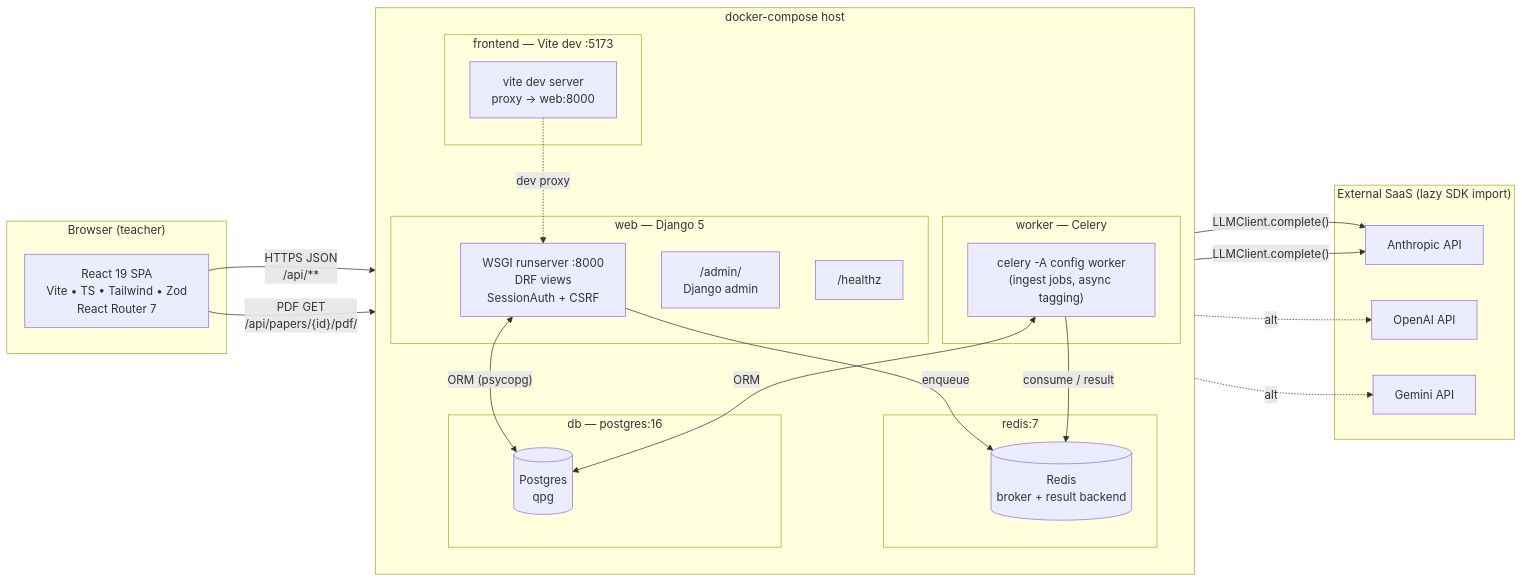
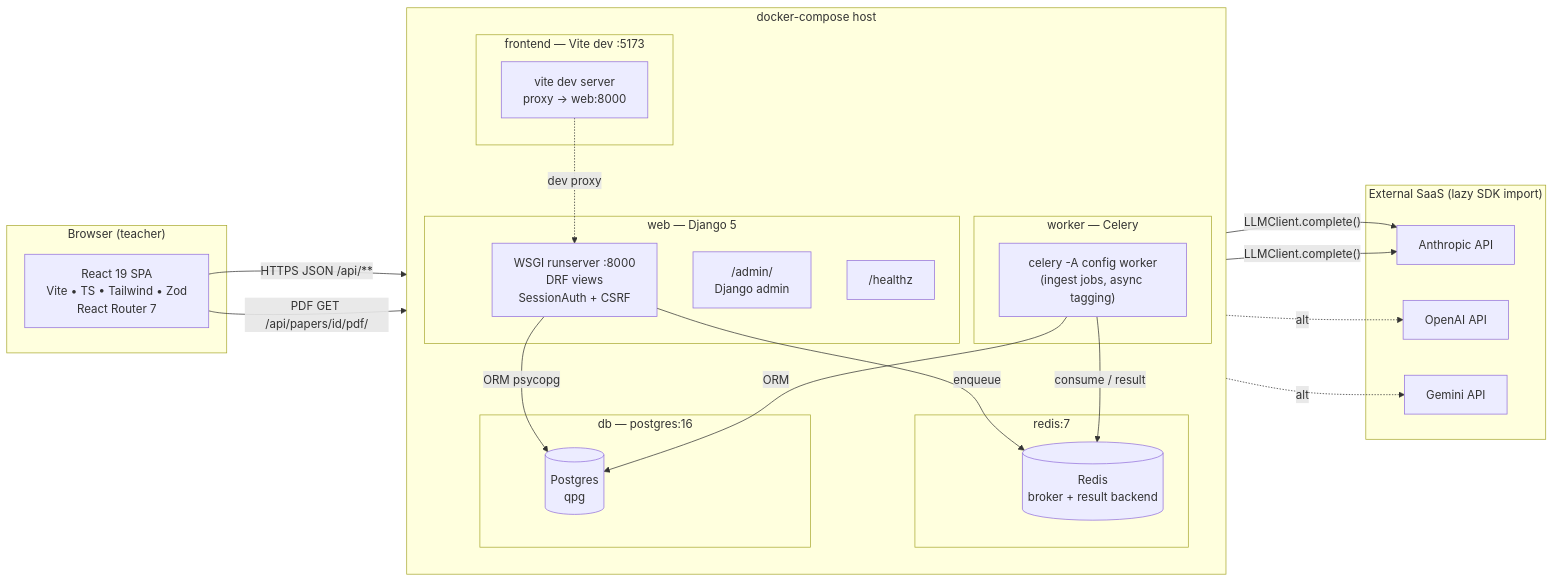
The first of 5 diagrams in docs/architecture-diagrams.md (WizKnight/qs-paper-generator), drawn with Mermaid before and after one commit. The commit also changed other lines of this file, not shown here.

Commit message:
docs: fix more Mermaid syntax issues
Remove unsupported bidirectional-with-label arrows (<-- text -->),
HTML-in-label edges with braces/brackets, and dotted-no-arrow edges.

````diff
--- a/docs/architecture-diagrams.md
+++ b/docs/architecture-diagrams.md
@@ -14,52 +14,52 @@
 ```mermaid
 flowchart LR
   subgraph Browser["Browser (teacher)"]
     FE["React 19 SPA<br/>Vite • TS • Tailwind • Zod<br/>React Router 7"]
   end
 
   subgraph DockerHost["docker-compose host"]
     direction TB
 
     subgraph WebSvc["web — Django 5"]
       DJ["WSGI runserver :8000<br/>DRF views<br/>SessionAuth + CSRF"]
       DJADM["/admin/<br/>Django admin"]
       HZ["/healthz"]
     end
 
     subgraph WorkerSvc["worker — Celery"]
       CW["celery -A config worker<br/>(ingest jobs, async tagging)"]
     end
 
     subgraph DB["db — postgres:16"]
       PG[("Postgres<br/>qpg")]
     end
 
     subgraph Cache["redis:7"]
       RDS[("Redis<br/>broker + result backend")]
     end
 
     subgraph FEDev["frontend — Vite dev :5173"]
       VITE["vite dev server<br/>proxy → web:8000"]
     end
   end
 
   subgraph External["External SaaS (lazy SDK import)"]
     AN["Anthropic API"]
     OA["OpenAI API"]
     GM["Gemini API"]
   end
 
-  FE -- "HTTPS JSON<br/>/api/**" --> VITE
+  FE -- "HTTPS JSON /api/**" --> VITE
   VITE -. "dev proxy" .-> DJ
-  FE -- "PDF GET<br/>/api/papers/{id}/pdf/" --> DJ
+  FE -- "PDF GET /api/papers/id/pdf/" --> DJ
 
-  DJ <-- "ORM (psycopg)" --> PG
-  CW <-- "ORM" --> PG
+  DJ -- "ORM psycopg" --> PG
+  CW -- "ORM" --> PG
   DJ -- "enqueue" --> RDS
   CW -- "consume / result" --> RDS
 
   DJ -- "LLMClient.complete()" --> AN
   CW -- "LLMClient.complete()" --> AN
   DJ -. alt .-> OA
   DJ -. alt .-> GM
 ```
````
